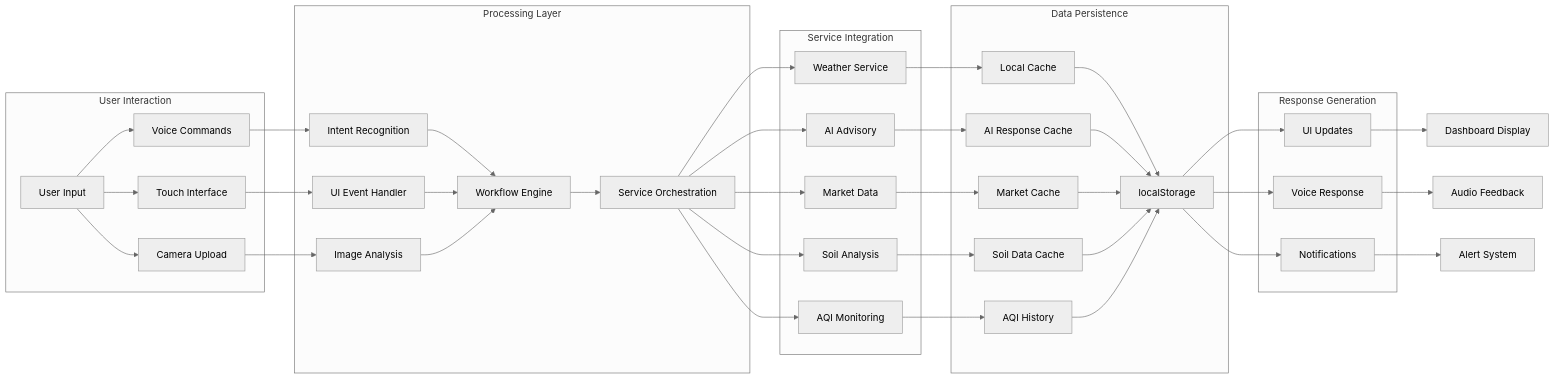
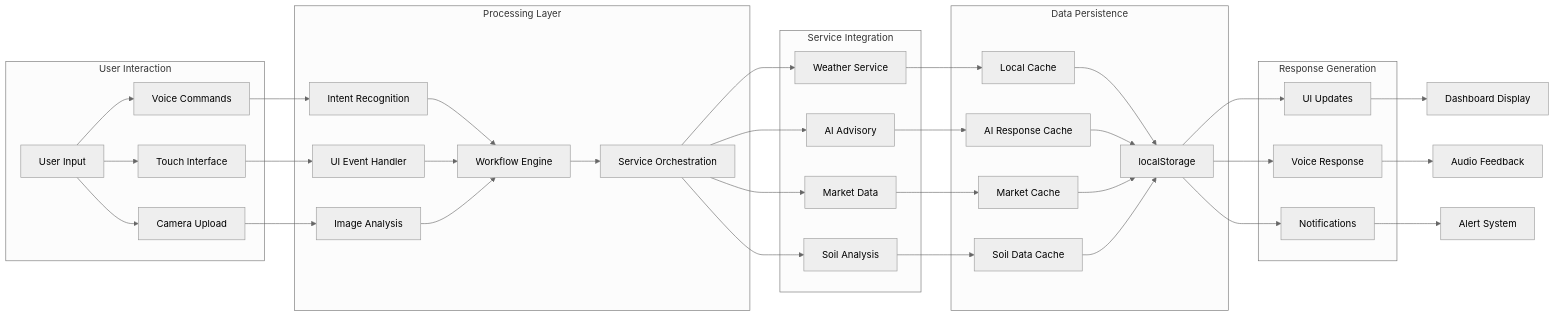
Before and after one commit to jeyamoorthi/TR-052-Devengers: the second of 3 diagrams in architecture-diagram.md, drawn with Mermaid (neutral theme). The commit also changed other lines of this file and 11 other files, not shown here.

````diff
--- a/architecture-diagram.md
+++ b/architecture-diagram.md
@@ -95,52 +80,49 @@
 ```mermaid
 flowchart LR
     subgraph "User Interaction"
         A[User Input] --> B[Voice Commands]
         A --> C[Touch Interface]
         A --> D[Camera Upload]
     end
 
     subgraph "Processing Layer"
         B --> E[Intent Recognition]
         C --> F[UI Event Handler]
         D --> G[Image Analysis]
         
         E --> H[Workflow Engine]
         F --> H
         G --> H
         
         H --> I[Service Orchestration]
     end
 
     subgraph "Service Integration"
         I --> J[Weather Service]
         I --> K[AI Advisory]
         I --> L[Market Data]
         I --> M[Soil Analysis]
-        I --> N[AQI Monitoring]
     end
 
     subgraph "Data Persistence"
         J --> O[Local Cache]
         K --> P[AI Response Cache]
         L --> Q[Market Cache]
         M --> R[Soil Data Cache]
-        N --> S[AQI History]
         
         O --> T[localStorage]
         P --> T
         Q --> T
         R --> T
-        S --> T
     end
 
     subgraph "Response Generation"
         T --> U[UI Updates]
         T --> V[Voice Response]
         T --> W[Notifications]
     end
 
     U --> X[Dashboard Display]
     V --> Y[Audio Feedback]
     W --> Z[Alert System]
 ```
````
